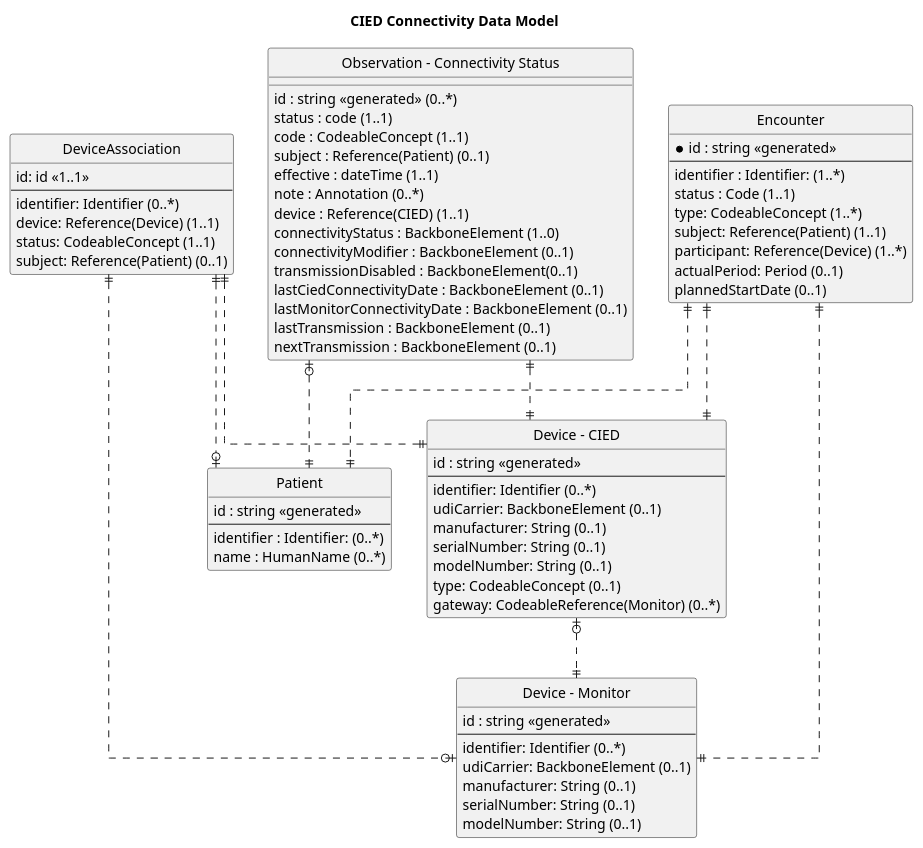
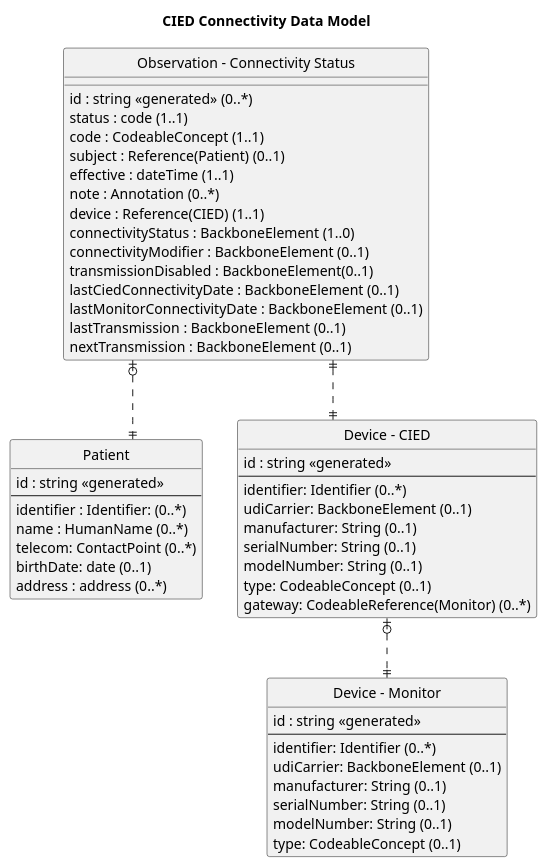
The diagram in input/images-source/data-model1.plantuml (HL7/CardX-CIED), drawn with PlantUML before and after one commit. The commit also changed 5 other files, not shown here.

```diff
--- a/input/images-source/data-model1.plantuml
+++ b/input/images-source/data-model1.plantuml
@@ -1,85 +1,92 @@
 @startuml
 title CIED Connectivity Data Model
 
 hide circle
 
 skinparam linetype ortho
 
 entity "Patient" as Patient {
   id : string <<generated>>
   --
   identifier : Identifier: (0..*)
-  name : HumanName (0..*) 
+  name : HumanName (0..*)
+  telecom: ContactPoint (0..*)
+  birthDate: date (0..1)
+  address : address (0..*)   
 }
 
 entity "Device - CIED" as cied {
   id : string <<generated>>
   --
   identifier: Identifier (0..*)
   udiCarrier: BackboneElement (0..1)
   manufacturer: String (0..1)
   serialNumber: String (0..1)
   modelNumber: String (0..1)
   type: CodeableConcept (0..1)
   gateway: CodeableReference(Monitor) (0..*)
 }
 
 entity "Device - Monitor" as monitor {
   id : string <<generated>>
   --
   identifier: Identifier (0..*)
   udiCarrier: BackboneElement (0..1)
   manufacturer: String (0..1)
   serialNumber: String (0..1)
   modelNumber: String (0..1)
+  type: CodeableConcept (0..1)
 }
-
+/' - 3/19/25 remove encounter and device association from connectivity use case
 entity "DeviceAssociation" as devassoc {
     id: id <<1..1>>
     --
     identifier: Identifier (0..*)
     device: Reference(Device) (1..1)
     status: CodeableConcept (1..1)
     subject: Reference(Patient) (0..1)   
 }
+'/
 
 entity "Observation - Connectivity Status" as Connectivity {
     id : string <<generated>> (0..*)
     status : code (1..1)
     code : CodeableConcept (1..1)
     subject : Reference(Patient) (0..1)
     effective : dateTime (1..1)
     note : Annotation (0..*)
     device : Reference(CIED) (1..1)
     connectivityStatus : BackboneElement (1..0)
     connectivityModifier : BackboneElement (0..1)
     transmissionDisabled : BackboneElement(0..1) 
     lastCiedConnectivityDate : BackboneElement (0..1)
     lastMonitorConnectivityDate : BackboneElement (0..1)
     lastTransmission : BackboneElement (0..1)
     nextTransmission : BackboneElement (0..1)
 }
-
+/' - 3/19/25 remove encounter and device association from connectivity use case
 entity "Encounter" as Encounter {
   *id : string <<generated>>
   --
   identifier : Identifier: (1..*)
   status : Code (1..1)
   type: CodeableConcept (1..*)
   subject: Reference(Patient) (1..1) 
   participant: Reference(Device) (1..*)
   actualPeriod: Period (0..1)
   plannedStartDate (0..1)
 }
+'/
 
 Connectivity |o..|| Patient
 Connectivity ||..|| cied
 cied |o..|| monitor
+/' - 3/19/25 remove encounter and device association from connectivity
 devassoc ||..|| cied
 devassoc ||..o| Patient
 devassoc ||..o| monitor
 Encounter ||..|| Patient
 Encounter ||..|| cied
 Encounter ||..|| monitor
-
+'/
 @enduml
```
